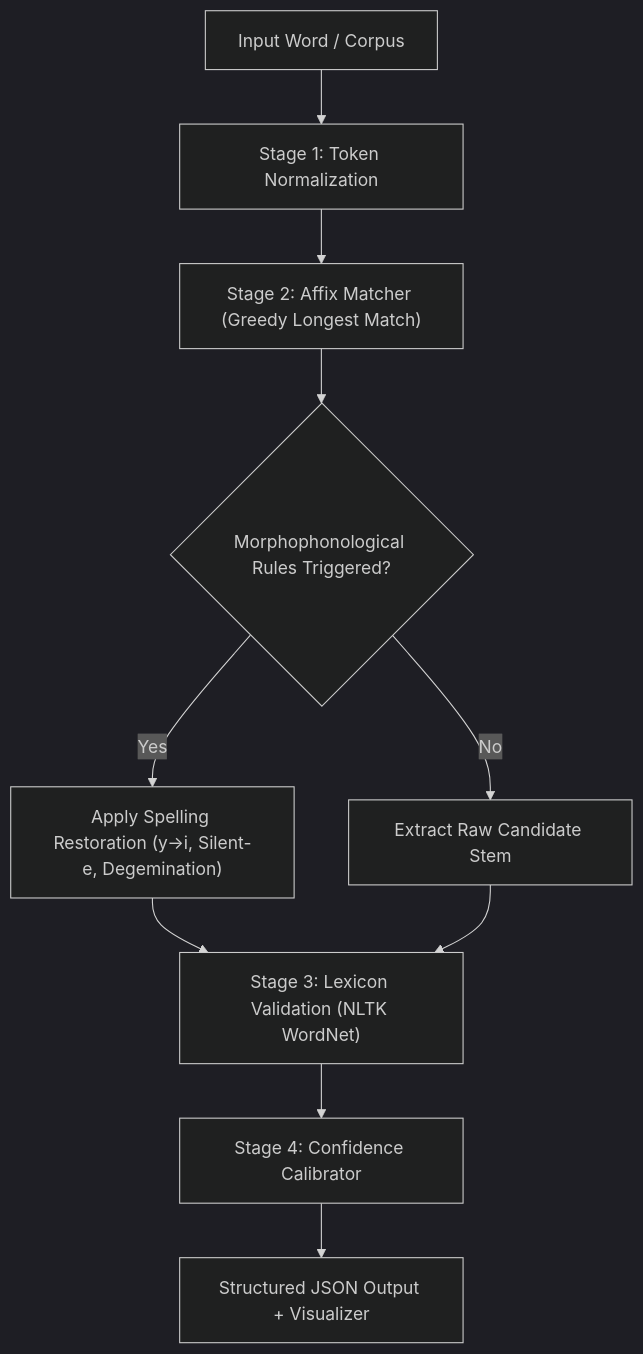
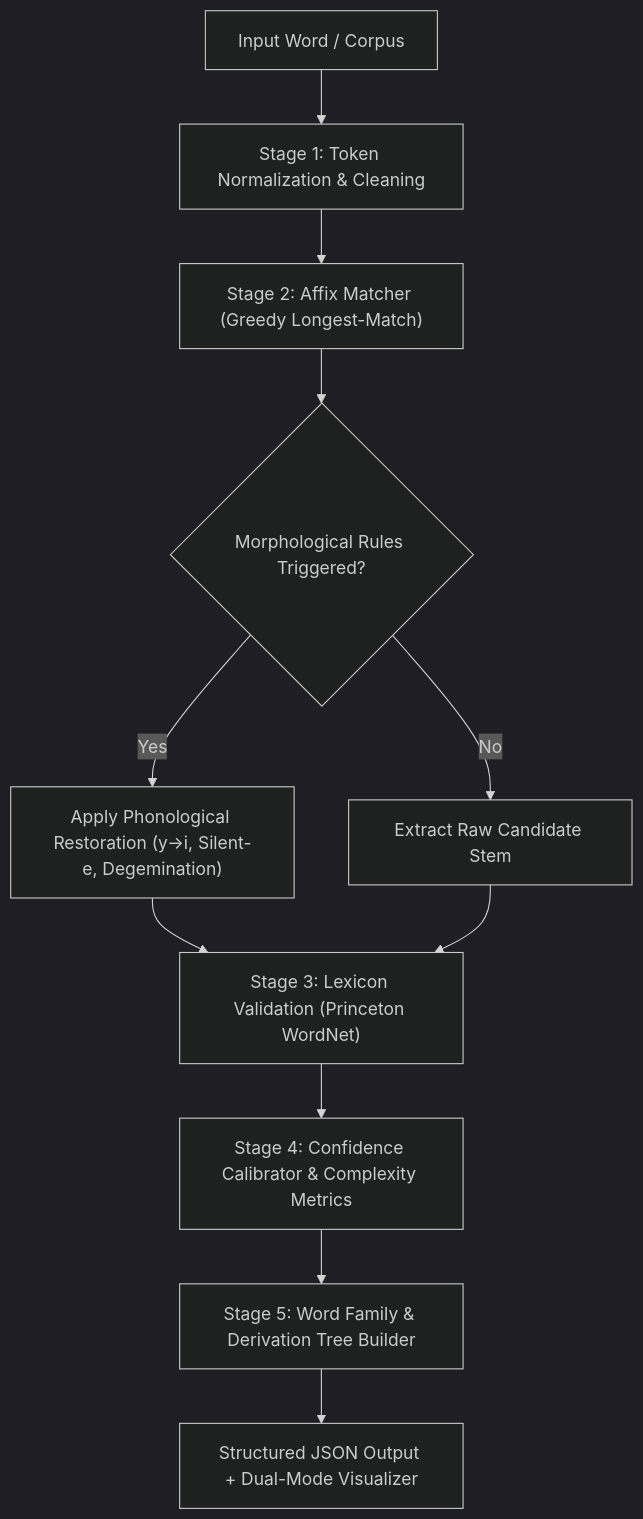
Before and after one commit to Damini2006/Affixa: the diagram in README.md, drawn with Mermaid (dark theme). The commit also changed other lines of this file, not shown here.

Commit message:
docs: enrich README with Command Palette, Derivation Tree visualizer, Word Family explorer, and API Playground

````diff
--- a/README.md
+++ b/README.md
@@ -46,12 +55,13 @@
 ```mermaid
 flowchart TD
-    A["Input Word / Corpus"] --> B["Stage 1: Token Normalization"]
-    B --> C["Stage 2: Affix Matcher (Greedy Longest Match)"]
-    C --> D{"Morphophonological Rules Triggered?"}
-    D -- Yes --> E["Apply Spelling Restoration (y→i, Silent-e, Degemination)"]
+    A["Input Word / Corpus"] --> B["Stage 1: Token Normalization & Cleaning"]
+    B --> C["Stage 2: Affix Matcher (Greedy Longest-Match)"]
+    C --> D{"Morphological Rules Triggered?"}
+    D -- Yes --> E["Apply Phonological Restoration (y→i, Silent-e, Degemination)"]
     D -- No --> F["Extract Raw Candidate Stem"]
-    E --> G["Stage 3: Lexicon Validation (NLTK WordNet)"]
+    E --> G["Stage 3: Lexicon Validation (Princeton WordNet)"]
     F --> G
-    G --> H["Stage 4: Confidence Calibrator"]
-    H --> I["Structured JSON Output + Visualizer"]
+    G --> H["Stage 4: Confidence Calibrator & Complexity Metrics"]
+    H --> I["Stage 5: Word Family & Derivation Tree Builder"]
+    I --> J["Structured JSON Output + Dual-Mode Visualizer"]
 ```
````
